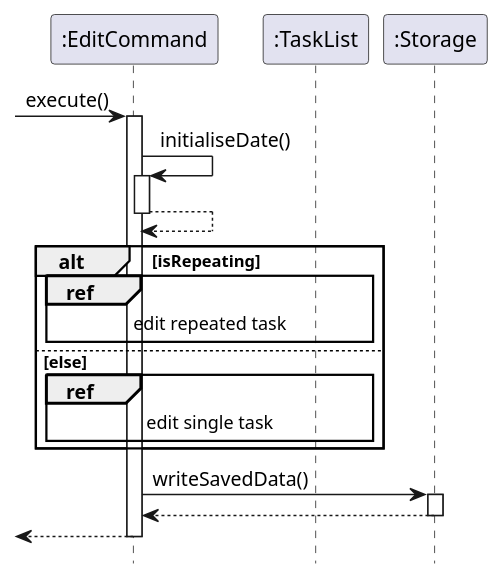
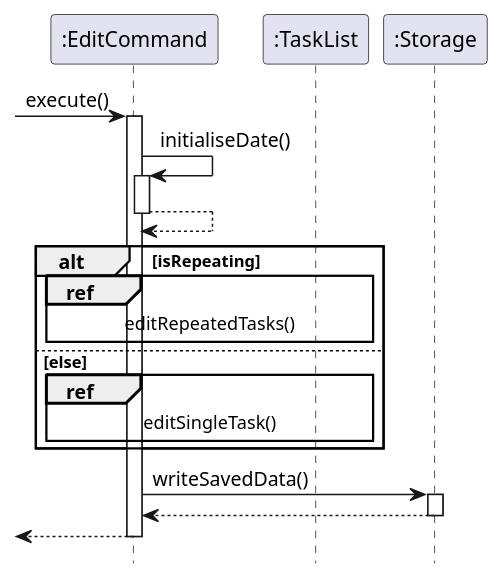
The diagram in docs/puml/EditCommandSD.puml (nus-cs2113-AY2122S2/tp), drawn with PlantUML before and after one commit. The commit also changed 6 other files, not shown here.

Commit message:
Update UML diagrams

```diff
--- a/docs/puml/EditCommandSD.puml
+++ b/docs/puml/EditCommandSD.puml
@@ -1,23 +1,23 @@
 @startuml
 'https://plantuml.com/sequence-diagram
 
 hide footbox
 participant EditCommand as ":EditCommand"
 participant TaskList as ":TaskList"
 participant Storage as ":Storage"
 
 [-> EditCommand ++: execute()
 EditCommand -> EditCommand ++: initialiseDate()
 EditCommand --> EditCommand --
 
 alt isRepeating
-   ref over EditCommand, TaskList : edit repeated task
+   ref over EditCommand, TaskList : editRepeatedTasks()
 else else
-   ref over EditCommand, TaskList : edit single task
+   ref over EditCommand, TaskList : editSingleTask()
 end
 
 EditCommand -> Storage ++: writeSavedData()
 Storage --> EditCommand --
 return
 
 @enduml
```
